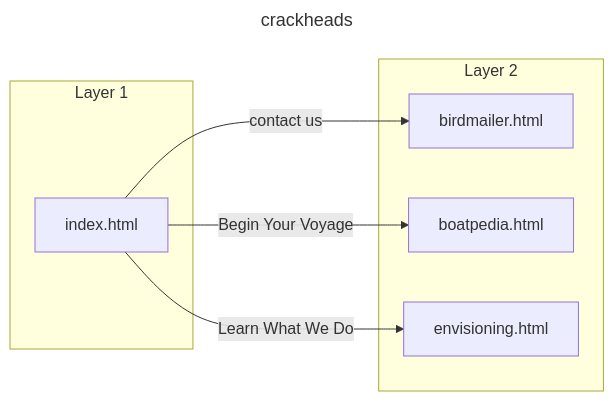
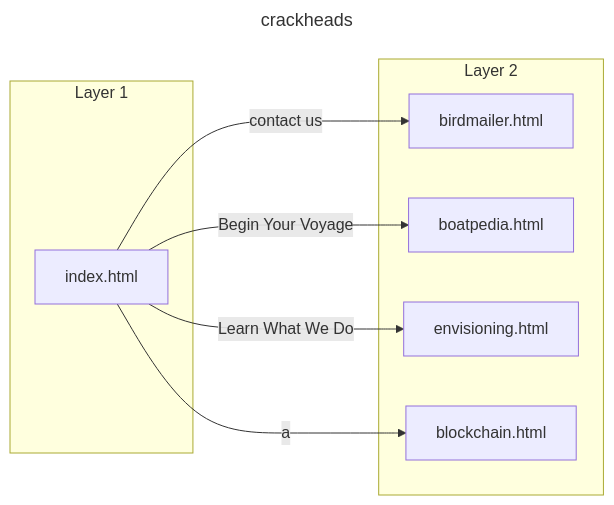
The diagram in topography.md (jdschmitzprofessional/slopsloopgroup), drawn with Mermaid before and after one commit. The commit also changed 2 other files, not shown here.

Commit message:
block. chain.

````diff
--- a/topography.md
+++ b/topography.md
@@ -1,22 +1,24 @@
 ```mermaid
 ---
 title: crackheads
 ---
 
 flowchart LR
     subgraph Layer 1
         index[index.html]
     end
     subgraph Layer 2
         bm[birdmailer.html]
         bp[boatpedia.html]
         env[envisioning.html]
+        bc[blockchain.html]
     end    
 
 
     index -- contact us --> bm
     index -- Begin Your Voyage --> bp
     index -- Learn What We Do --> env
+    index -- a --> bc
 
 
 ```
````
